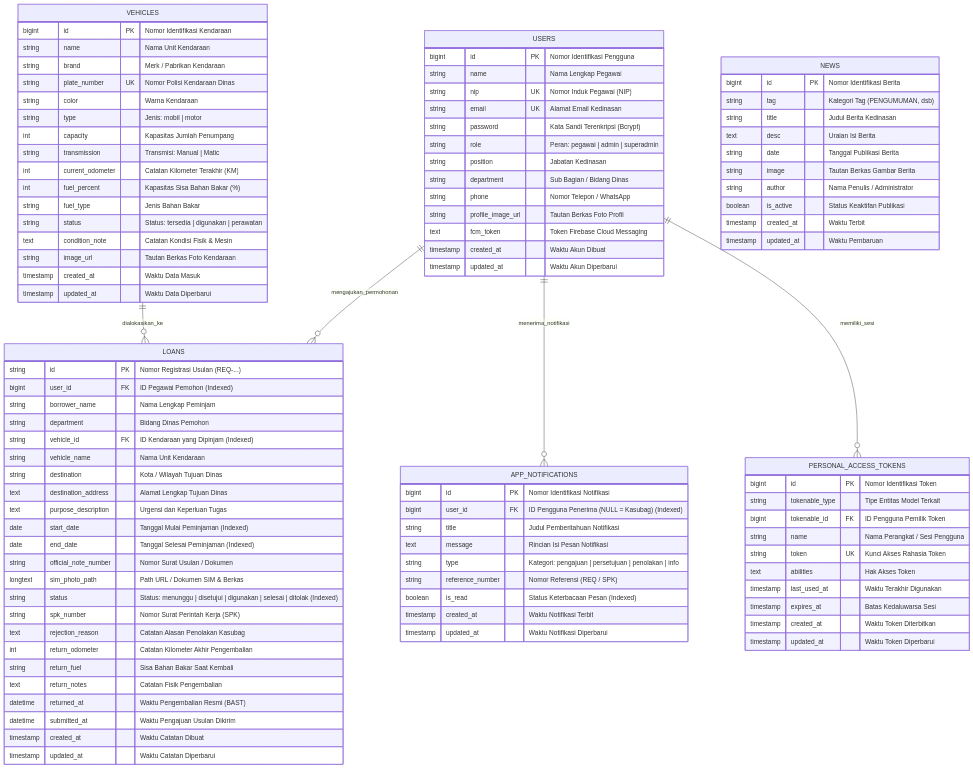
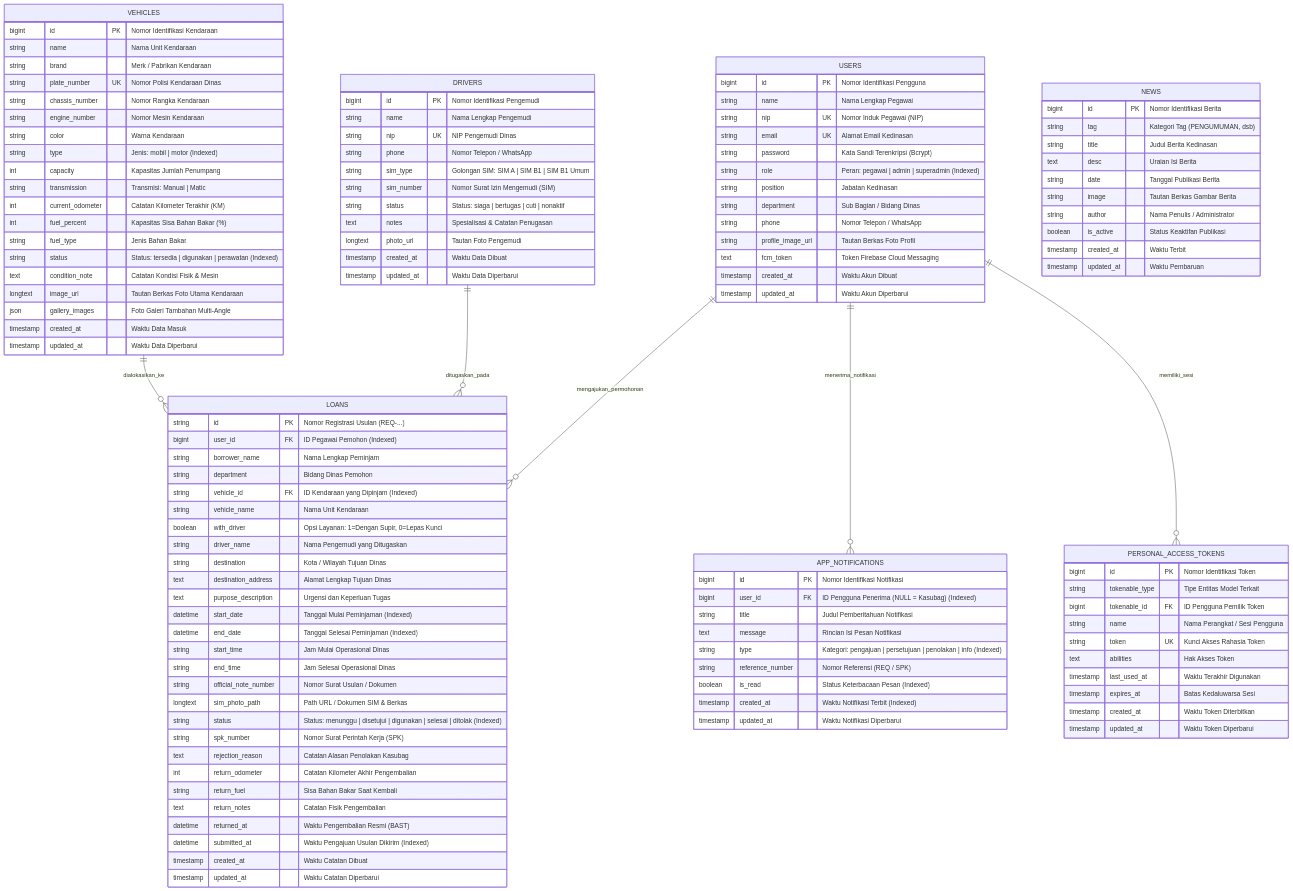
The ninth of 9 diagrams in README.md (ahdewa/Sip-k), drawn with Mermaid before and after one commit. The commit also changed other lines of this file and 3 other files, not shown here.

```diff
--- a/README.md
+++ b/README.md
@@ -679,8 +728,10 @@
 erDiagram
     USERS ||--o{ LOANS : "mengajukan_permohonan"
     VEHICLES ||--o{ LOANS : "dialokasikan_ke"
+    DRIVERS ||--o{ LOANS : "ditugaskan_pada"
     USERS ||--o{ APP_NOTIFICATIONS : "menerima_notifikasi"
     USERS ||--o{ PERSONAL_ACCESS_TOKENS : "memiliki_sesi"
+
     NEWS {
         bigint id PK "Nomor Identifikasi Berita"
         string tag "Kategori Tag (PENGUMUMAN, dsb)"
@@ -700,7 +751,7 @@
         string nip UK "Nomor Induk Pegawai (NIP)"
         string email UK "Alamat Email Kedinasan"
         string password "Kata Sandi Terenkripsi (Bcrypt)"
-        string role "Peran: pegawai | admin | superadmin"
+        string role "Peran: pegawai | admin | superadmin (Indexed)"
         string position "Jabatan Kedinasan"
         string department "Sub Bagian / Bidang Dinas"
         string phone "Nomor Telepon / WhatsApp"
@@ -715,17 +766,34 @@
         string name "Nama Unit Kendaraan"
         string brand "Merk / Pabrikan Kendaraan"
         string plate_number UK "Nomor Polisi Kendaraan Dinas"
+        string chassis_number "Nomor Rangka Kendaraan"
+        string engine_number "Nomor Mesin Kendaraan"
         string color "Warna Kendaraan"
-        string type "Jenis: mobil | motor"
+        string type "Jenis: mobil | motor (Indexed)"
         int capacity "Kapasitas Jumlah Penumpang"
         string transmission "Transmisi: Manual | Matic"
         int current_odometer "Catatan Kilometer Terakhir (KM)"
         int fuel_percent "Kapasitas Sisa Bahan Bakar (%)"
         string fuel_type "Jenis Bahan Bakar"
-        string status "Status: tersedia | digunakan | perawatan"
+        string status "Status: tersedia | digunakan | perawatan (Indexed)"
         text condition_note "Catatan Kondisi Fisik & Mesin"
-        string image_url "Tautan Berkas Foto Kendaraan"
+        longtext image_url "Tautan Berkas Foto Utama Kendaraan"
+        json gallery_images "Foto Galeri Tambahan Multi-Angle"
         timestamp created_at "Waktu Data Masuk"
+        timestamp updated_at "Waktu Data Diperbarui"
+    }
+
+    DRIVERS {
+        bigint id PK "Nomor Identifikasi Pengemudi"
+        string name "Nama Lengkap Pengemudi"
+        string nip UK "NIP Pengemudi Dinas"
+        string phone "Nomor Telepon / WhatsApp"
+        string sim_type "Golongan SIM: SIM A | SIM B1 | SIM B1 Umum"
+        string sim_number "Nomor Surat Izin Mengemudi (SIM)"
+        string status "Status: siaga | bertugas | cuti | nonaktif"
+        text notes "Spesialisasi & Catatan Penugasan"
+        longtext photo_url "Tautan Foto Pengemudi"
+        timestamp created_at "Waktu Data Dibuat"
         timestamp updated_at "Waktu Data Diperbarui"
     }
 
@@ -736,11 +804,15 @@
         string department "Bidang Dinas Pemohon"
         string vehicle_id FK "ID Kendaraan yang Dipinjam (Indexed)"
         string vehicle_name "Nama Unit Kendaraan"
+        boolean with_driver "Opsi Layanan: 1=Dengan Supir, 0=Lepas Kunci"
+        string driver_name "Nama Pengemudi yang Ditugaskan"
         string destination "Kota / Wilayah Tujuan Dinas"
         text destination_address "Alamat Lengkap Tujuan Dinas"
         text purpose_description "Urgensi dan Keperluan Tugas"
-        date start_date "Tanggal Mulai Peminjaman (Indexed)"
-        date end_date "Tanggal Selesai Peminjaman (Indexed)"
+        datetime start_date "Tanggal Mulai Peminjaman (Indexed)"
+        datetime end_date "Tanggal Selesai Peminjaman (Indexed)"
+        string start_time "Jam Mulai Operasional Dinas"
+        string end_time "Jam Selesai Operasional Dinas"
         string official_note_number "Nomor Surat Usulan / Dokumen"
         longtext sim_photo_path "Path URL / Dokumen SIM & Berkas"
         string status "Status: menunggu | disetujui | digunakan | selesai | ditolak (Indexed)"
@@ -750,7 +822,7 @@
         string return_fuel "Sisa Bahan Bakar Saat Kembali"
         text return_notes "Catatan Fisik Pengembalian"
         datetime returned_at "Waktu Pengembalian Resmi (BAST)"
-        datetime submitted_at "Waktu Pengajuan Usulan Dikirim"
+        datetime submitted_at "Waktu Pengajuan Usulan Dikirim (Indexed)"
         timestamp created_at "Waktu Catatan Dibuat"
         timestamp updated_at "Waktu Catatan Diperbarui"
     }
@@ -760,10 +832,10 @@
         bigint user_id FK "ID Pengguna Penerima (NULL = Kasubag) (Indexed)"
         string title "Judul Pemberitahuan Notifikasi"
         text message "Rincian Isi Pesan Notifikasi"
-        string type "Kategori: pengajuan | persetujuan | penolakan | info"
+        string type "Kategori: pengajuan | persetujuan | penolakan | info (Indexed)"
         string reference_number "Nomor Referensi (REQ / SPK)"
         boolean is_read "Status Keterbacaan Pesan (Indexed)"
-        timestamp created_at "Waktu Notifikasi Terbit"
+        timestamp created_at "Waktu Notifikasi Terbit (Indexed)"
         timestamp updated_at "Waktu Notifikasi Diperbarui"
     }
 
```
